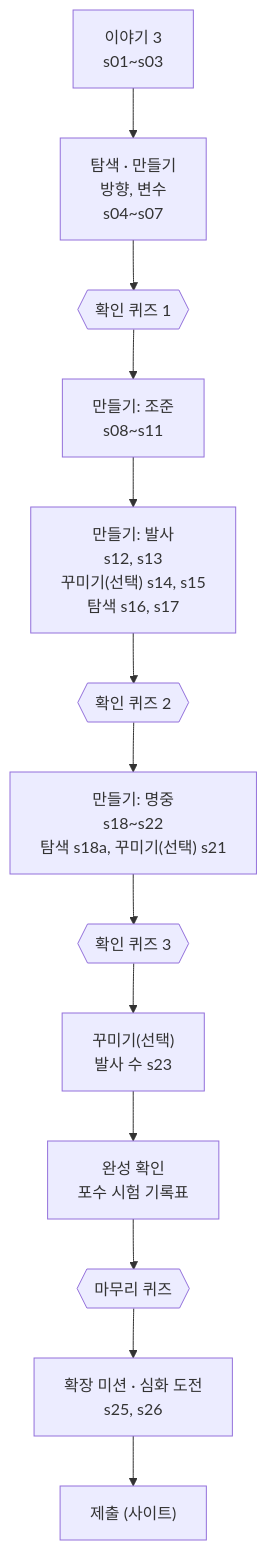
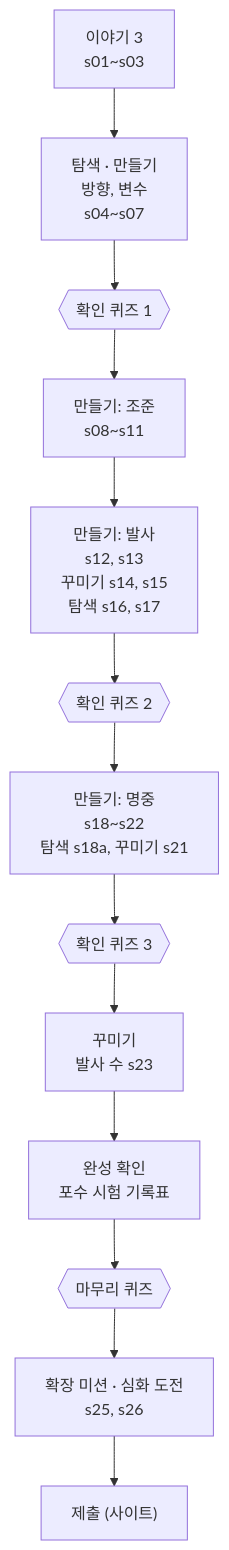
One commit to jxxngin/scratch-studio changed the second of 3 diagrams in README.md. Above: the diagram before and after it, drawn with Mermaid. The commit also changed other lines of this file, not shown here.

Commit message:
docs: README에 꾸미기·탐색 채점, 퀴즈 힌트, 소제목 디자인 반영

````diff
--- a/README.md
+++ b/README.md
@@ -114,15 +117,15 @@
 ```mermaid
 flowchart TD
   A["이야기 3<br/>s01~s03"] --> B["탐색 · 만들기<br/>방향, 변수<br/>s04~s07"]
   B --> Q1{{"확인 퀴즈 1"}}
   Q1 --> C["만들기: 조준<br/>s08~s11"]
-  C --> D["만들기: 발사<br/>s12, s13<br/>꾸미기(선택) s14, s15<br/>탐색 s16, s17"]
+  C --> D["만들기: 발사<br/>s12, s13<br/>꾸미기 s14, s15<br/>탐색 s16, s17"]
   D --> Q2{{"확인 퀴즈 2"}}
-  Q2 --> E["만들기: 명중<br/>s18~s22<br/>탐색 s18a, 꾸미기(선택) s21"]
+  Q2 --> E["만들기: 명중<br/>s18~s22<br/>탐색 s18a, 꾸미기 s21"]
   E --> Q3{{"확인 퀴즈 3"}}
-  Q3 --> F["꾸미기(선택)<br/>발사 수 s23"]
+  Q3 --> F["꾸미기<br/>발사 수 s23"]
   F --> G["완성 확인<br/>포수 시험 기록표"]
   G --> Q4{{"마무리 퀴즈"}}
   Q4 --> H["확장 미션 · 심화 도전<br/>s25, s26"]
   H --> I["제출 (사이트)"]
 ```
````
